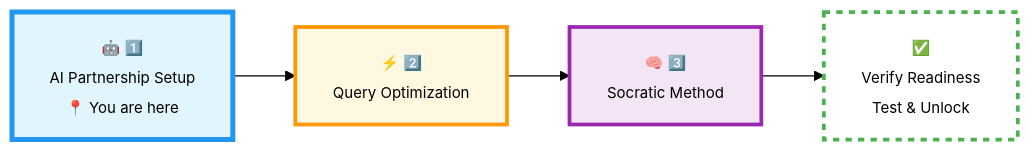
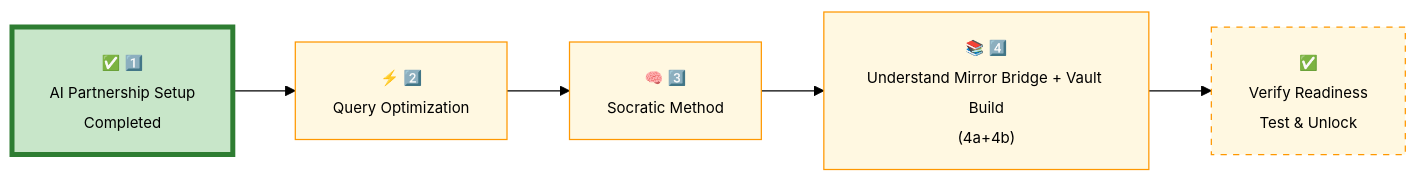
One commit to uniqueumamaheswari-universe/SQLVerse changed the third of 3 diagrams in Level-1-beginner/Guides/Section2-ACCELERATE/1_AI_Partnership_Setup.md. Above: the diagram before and after it, drawn with Mermaid (forest theme). The commit also changed other lines of this file and 9 other files, not shown here.

````diff
--- a/Level-1-beginner/Guides/Section2-ACCELERATE/1_AI_Partnership_Setup.md
+++ b/Level-1-beginner/Guides/Section2-ACCELERATE/1_AI_Partnership_Setup.md
@@ -363,12 +372,16 @@
 ```mermaid
 flowchart LR
-    A["<span style='font-size:12px'>🤖 1️⃣<br/>AI Partnership Setup<br/>📍 You are here</span>"] --> 
-    B["<span style='font-size:12px'>⚡ 2️⃣<br/>Query Optimization</span>"] --> 
-    C["<span style='font-size:12px'>🧠 3️⃣<br/>Socratic Method</span>"] -->
-    D["<span style='font-size:12px'>✅<br/>Verify Readiness<br/>Test & Unlock</span>"]
+    A["<span style='font-size:12px'>✅ 1️⃣<br/>AI Partnership Setup<br/>Completed</span>"]
+    B["<span style='font-size:12px'>⚡ 2️⃣<br/>Query Optimization</span>"]
+    C["<span style='font-size:12px'>🧠 3️⃣<br/>Socratic Method</span>"]
+    D["<span style='font-size:12px'>📚 4️⃣<br/>Understand Mirror Bridge + Vault Build<br/>(4a+4b)</span>"]
+    E["<span style='font-size:12px'>✅<br/>Verify Readiness<br/>Test & Unlock</span>"]
     
-    style A fill:#e1f5fe,stroke:#2196f3,stroke-width:4px,color:#000
-    style B fill:#fff8e1,stroke:#ff9800,stroke-width:3px
-    style C fill:#f3e5f5,stroke:#9c27b0,stroke-width:3px
-    style D fill:#fff,stroke:#4caf50,stroke-width:3px,stroke-dasharray: 5 5
+    A --> B --> C --> D --> E
+    
+    style A fill:#c8e6c9,stroke:#2e7d32,stroke-width:4px
+    style B fill:#fff8e1,stroke:#ff9800
+    style C fill:#fff8e1,stroke:#ff9800
+    style D fill:#fff8e1,stroke:#ff9800
+    style E fill:#fff8e1,stroke:#ff9800,stroke-dasharray:5 5
 ```
````
